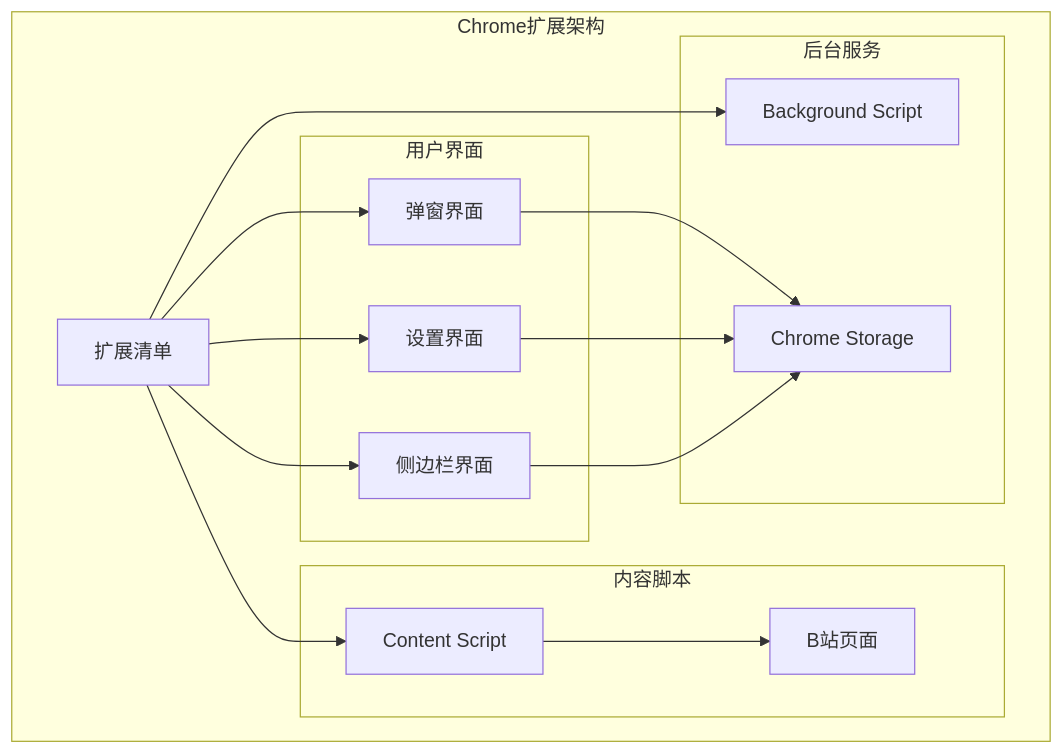
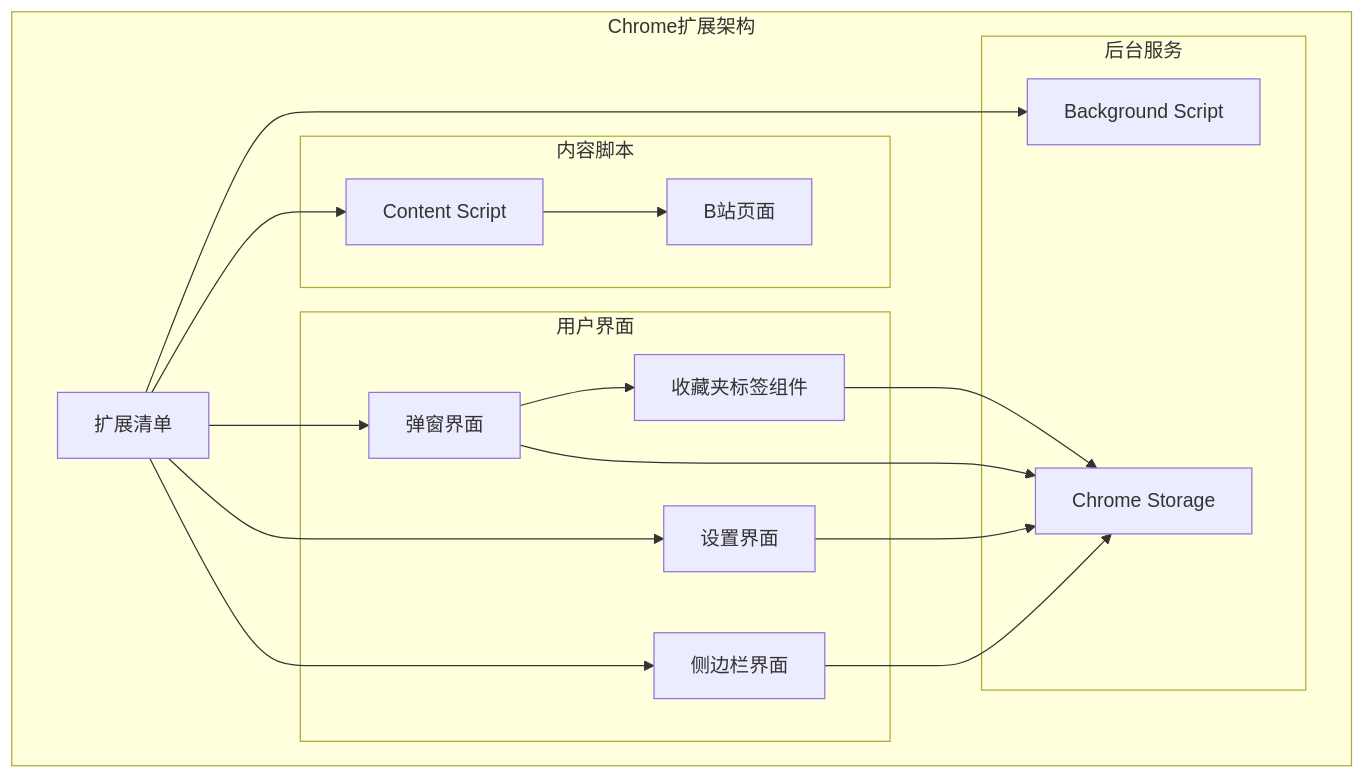
Before and after one commit to RadiumAg/bilibili-favorites: the second of 12 diagrams in .qoder/repowiki/zh/content/Accessibility Enhancements.md, drawn with Mermaid. The commit also changed other lines of this file and 5 other files, not shown here.

````diff
--- a/.qoder/repowiki/zh/content/Accessibility Enhancements.md
+++ b/.qoder/repowiki/zh/content/Accessibility Enhancements.md
@@ -164,28 +199,31 @@
 ```mermaid
 graph TB
 subgraph "Chrome扩展架构"
 Manifest[扩展清单]
 subgraph "后台服务"
 Background[Background Script]
 Storage[Chrome Storage]
 end
 subgraph "内容脚本"
 ContentScript[Content Script]
 Bilibili[B站页面]
 end
 subgraph "用户界面"
 Popup[弹窗界面]
 Options[设置界面]
 SidePanel[侧边栏界面]
+FavoriteTag[收藏夹标签组件]
 end
 end
 Manifest --> Background
 Manifest --> ContentScript
 Manifest --> Popup
 Manifest --> Options
 Manifest --> SidePanel
 ContentScript --> Bilibili
+Popup --> FavoriteTag
 Popup --> Storage
 Options --> Storage
 SidePanel --> Storage
+FavoriteTag --> Storage
 ```
````
